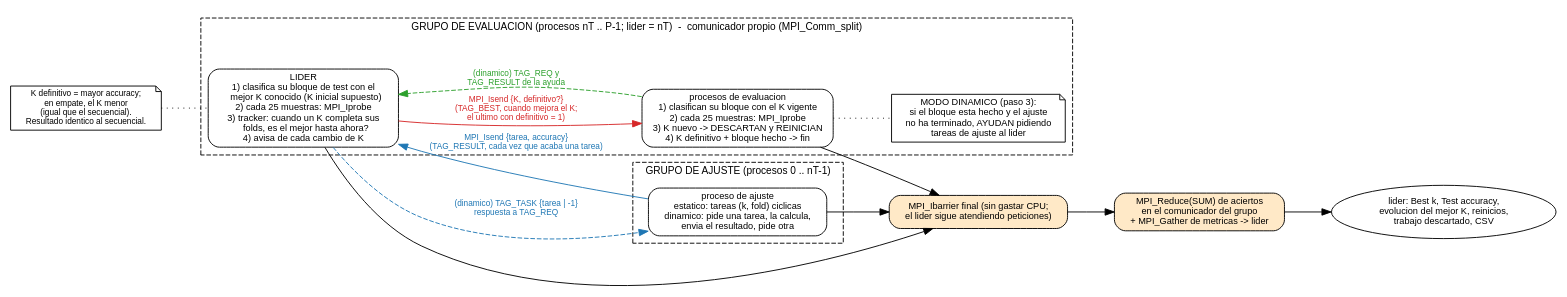
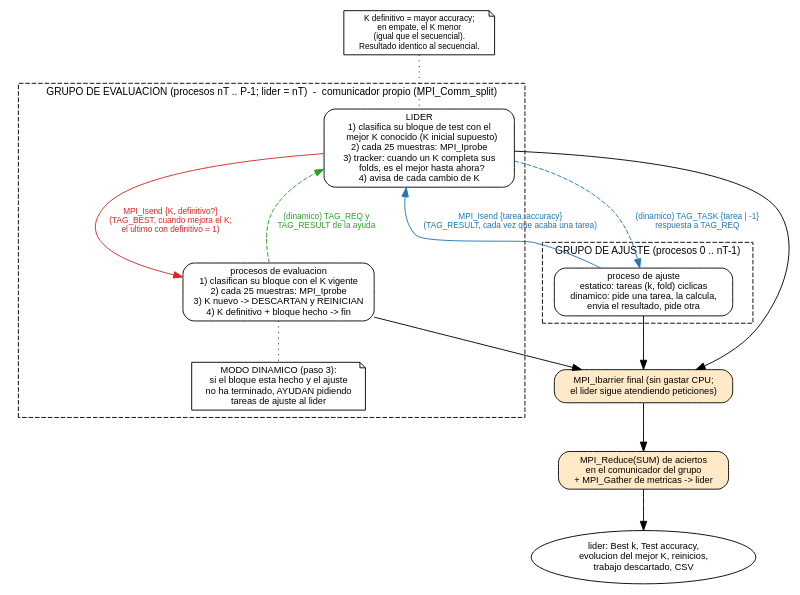
One commit to ccg155/Pr-ctica-3---knn2 changed the diagram in knn2/resultados/grafos/paso2_3_especulativo.dot. Above: the diagram before and after it, drawn with Graphviz. The commit also changed 160 other files, not shown here.

```diff
--- a/knn2/resultados/grafos/paso2_3_especulativo.dot
+++ b/knn2/resultados/grafos/paso2_3_especulativo.dot
@@ -1,32 +1,32 @@
 // Solucion paralela PASOS 2 y 3: paralelismo funcional + ejecucion especulativa
 digraph especulativo {
-  rankdir=LR; nodesep=0.4; ranksep=0.7; compound=true;
+  rankdir=TB; nodesep=0.5; ranksep=0.6; compound=true;
   node [shape=box, fontname="Helvetica", fontsize=10, style=rounded];
   edge [fontname="Helvetica", fontsize=9];
 
   subgraph cluster_T { label="GRUPO DE AJUSTE (procesos 0 .. nT-1)"; style=dashed; fontname="Helvetica"; fontsize=11;
     ta [label="proceso de ajuste\nestatico: tareas (k, fold) ciclicas\ndinamico: pide una tarea, la calcula,\nenvia el resultado, pide otra"];
   }
 
   subgraph cluster_E { label="GRUPO DE EVALUACION (procesos nT .. P-1; lider = nT)  -  comunicador propio (MPI_Comm_split)"; style=dashed; fontname="Helvetica"; fontsize=11;
     lead [label="LIDER\n1) clasifica su bloque de test con el\n   mejor K conocido (K inicial supuesto)\n2) cada 25 muestras: MPI_Iprobe\n3) tracker: cuando un K completa sus\n   folds, es el mejor hasta ahora?\n4) avisa de cada cambio de K"];
     work [label="procesos de evaluacion\n1) clasifican su bloque con el K vigente\n2) cada 25 muestras: MPI_Iprobe\n3) K nuevo -> DESCARTAN y REINICIAN\n4) K definitivo + bloque hecho -> fin"];
     help [shape=note, style="", label="MODO DINAMICO (paso 3):\nsi el bloque esta hecho y el ajuste\nno ha terminado, AYUDAN pidiendo\ntareas de ajuste al lider"];
     work -> help [style=dotted, arrowhead=none];
   }
 
   ta -> lead [label="MPI_Isend {tarea, accuracy}\n(TAG_RESULT, cada vez que acaba una tarea)", color="#1f77b4", fontcolor="#1f77b4"];
   lead -> ta [label="(dinamico) TAG_TASK {tarea | -1}\nrespuesta a TAG_REQ", style=dashed, color="#1f77b4", fontcolor="#1f77b4"];
   lead -> work [label="MPI_Isend {K, definitivo?}\n(TAG_BEST, cuando mejora el K;\nel ultimo con definitivo = 1)", color="#d62728", fontcolor="#d62728"];
   work -> lead [label="(dinamico) TAG_REQ y\nTAG_RESULT de la ayuda", style=dashed, color="#2ca02c", fontcolor="#2ca02c"];
 
   bar [shape=box, style="filled,rounded", fillcolor="#ffe9c7", label="MPI_Ibarrier final (sin gastar CPU;\nel lider sigue atendiendo peticiones)"];
   red [shape=box, style="filled,rounded", fillcolor="#ffe9c7", label="MPI_Reduce(SUM) de aciertos\nen el comunicador del grupo\n+ MPI_Gather de metricas -> lider"];
   ta -> bar; lead -> bar; work -> bar;
   bar -> red;
   out [shape=oval, label="lider: Best k, Test accuracy,\nevolucion del mejor K, reinicios,\ntrabajo descartado, CSV"];
   red -> out;
 
   det [shape=note, style="", fontsize=9, label="K definitivo = mayor accuracy;\nen empate, el K menor\n(igual que el secuencial).\nResultado identico al secuencial."];
   det -> lead [style=dotted, arrowhead=none];
 }
```
